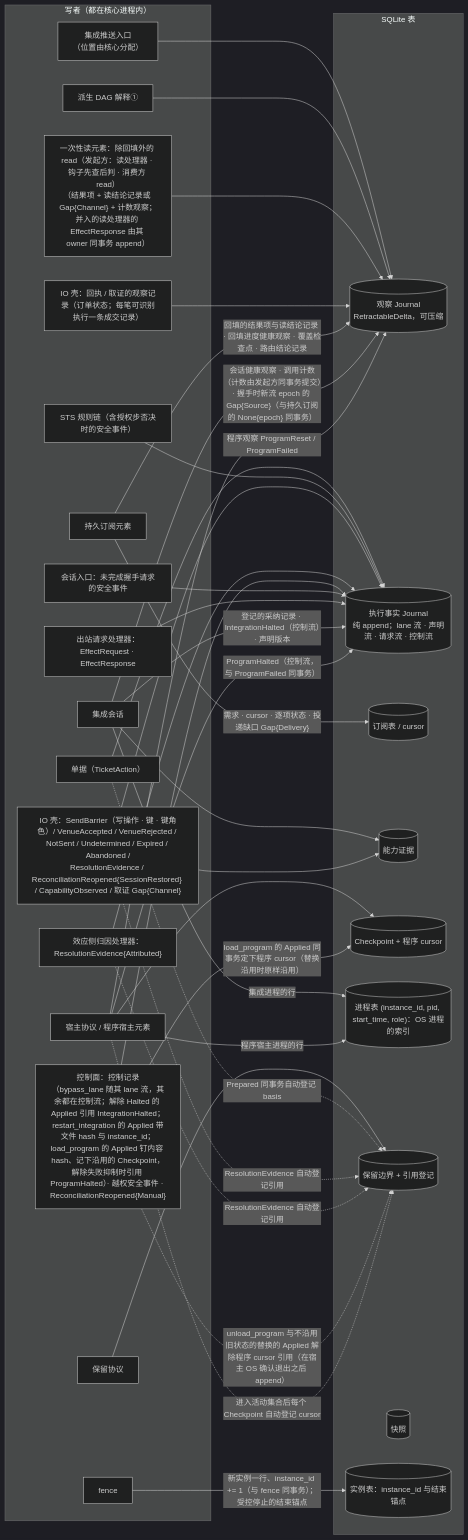
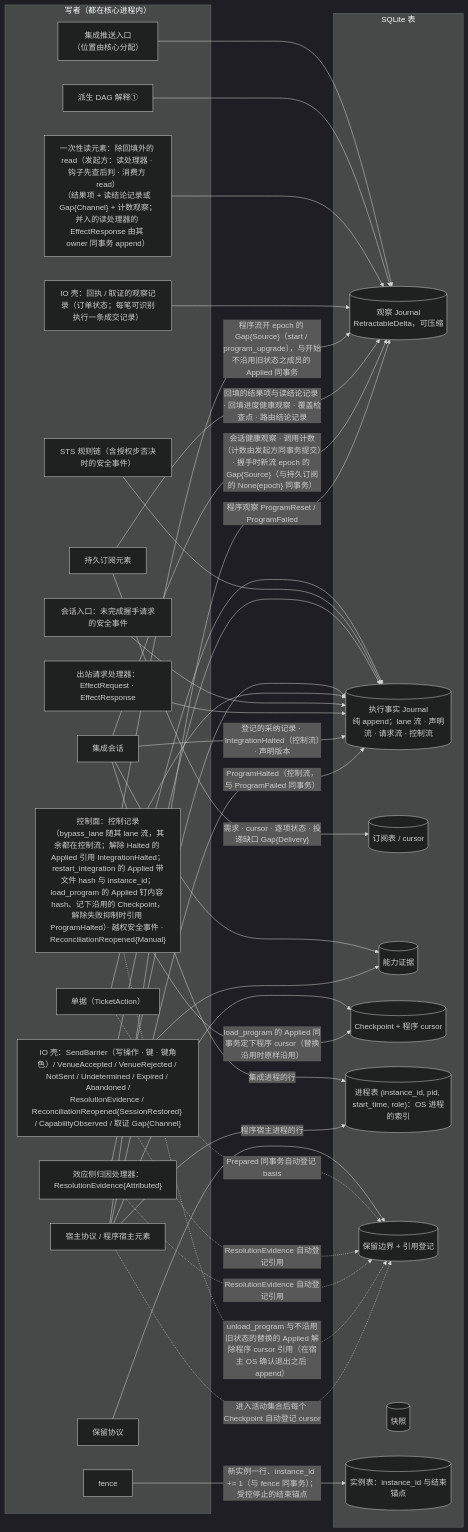
Before and after one commit to mouriya-s-lab/uta: the fourth of 6 diagrams in design/diagrams/01-process-topology.md, drawn with Mermaid (dark theme). The commit also changed other lines of this file and 9 other files, not shown here.

````diff
--- a/design/diagrams/01-process-topology.md
+++ b/design/diagrams/01-process-topology.md
@@ -169,62 +169,63 @@
 ```mermaid
 flowchart LR
   subgraph W["写者（都在核心进程内）"]
     PUSH["集成推送入口<br/>（位置由核心分配）"]
     DAG["派生 DAG 解释①"]
     RD["一次性读元素：除回填外的 read（发起方：读处理器 · 钩子先查后判 · 消费方 read）<br/>（结果项 + 读结论记录或 Gap{Channel} + 计数观察；并入的读处理器的 EffectResponse 由其 owner 同事务 append）"]
     IOR["IO 壳：回执 / 取证的观察记录（订单状态；每笔可识别执行一条成交记录）"]
     TK["单据（TicketAction）"]
     STS["STS 规则链（含授权步否决时的安全事件）"]
     IOE["IO 壳：SendBarrier（写操作 · 键 · 键角色）/ VenueAccepted / VenueRejected / NotSent / Undetermined / Expired / Abandoned /<br/>ResolutionEvidence / ReconciliationReopened{SessionRestored} / CapabilityObserved / 取证 Gap{Channel}"]
     ATTR["效应侧归因处理器：ResolutionEvidence{Attributed}"]
     CTL["控制面：控制记录（bypass_lane 随其 lane 流，其余都在控制流；解除 Halted 的 Applied 引用 IntegrationHalted；restart_integration 的 Applied 带文件 hash 与 instance_id；load_program 的 Applied 钉内容 hash、记下沿用的 Checkpoint，解除失败抑制时引用 ProgramHalted）· 越权安全事件 · ReconciliationReopened{Manual}"]
     SESS["会话入口：未完成握手请求的安全事件"]
     OUT["出站请求处理器：EffectRequest · EffectResponse"]
     SUBEL["持久订阅元素"]
     ISESS["集成会话"]
     HOSTP["宿主协议 / 程序宿主元素"]
     FENCE["fence"]
     RET["保留协议"]
   end
   subgraph T["SQLite 表"]
     OJ[("观察 Journal<br/>RetractableDelta，可压缩")]
     EJ[("执行事实 Journal<br/>纯 append；lane 流 · 声明流 · 请求流 · 控制流")]
     SUB[("订阅表 / cursor")]
     CAP[("能力证据")]
     CK[("Checkpoint + 程序 cursor")]
     PT[("进程表 (instance_id, pid, start_time, role)：OS 进程的索引")]
     RB[("保留边界 + 引用登记")]
     SN[("快照")]
     IID[("实例表：instance_id 与结束锚点")]
   end
   PUSH --> OJ
   DAG --> OJ
   RD --> OJ
   IOR --> OJ
   TK --> EJ
   STS --> EJ
   IOE --> EJ
   ATTR --> EJ
   CTL --> EJ
+  CTL -->|"程序流开 epoch 的 Gap{Source}（start / program_upgrade），与开始不沿用旧状态之成员的 Applied 同事务"| OJ
   SESS --> EJ
   OUT --> EJ
   SUBEL -->|"需求 · cursor · 逐项状态 · 投递缺口 Gap{Delivery}"| SUB
   SUBEL -->|"回填的结果项与读结论记录 · 回填进度健康观察 · 覆盖检查点 · 路由结论记录"| OJ
   ISESS --> CAP
   ISESS -->|"登记的采纳记录 · IntegrationHalted（控制流）· 声明版本"| EJ
   ISESS -->|"集成进程的行"| PT
   ISESS -->|"会话健康观察 · 调用计数（计数由发起方同事务提交）· 握手时新流 epoch 的 Gap{Source}（与持久订阅的 None{epoch} 同事务）"| OJ
   HOSTP -->|"程序宿主进程的行"| PT
   IOE --> CAP
   HOSTP --> CK
   HOSTP -->|"程序观察 ProgramReset / ProgramFailed"| OJ
   HOSTP -->|"ProgramHalted（控制流，与 ProgramFailed 同事务）"| EJ
   FENCE -->|"新实例一行、instance_id += 1（与 fence 同事务）；受控停止的结束锚点"| IID
   RET --> RB
   TK -.->|"Prepared 同事务自动登记 basis"| RB
   IOE -.->|"ResolutionEvidence 自动登记引用"| RB
   ATTR -.->|"ResolutionEvidence 自动登记引用"| RB
   CTL -.->|"unload_program 与不沿用旧状态的替换的 Applied 解除程序 cursor 引用（在宿主 OS 确认退出之后 append）"| RB
   CTL -->|"load_program 的 Applied 同事务定下程序 cursor（替换沿用时原样沿用）"| CK
   HOSTP -.->|"进入活动集合后每个 Checkpoint 自动登记 cursor"| RB
 ```
````
